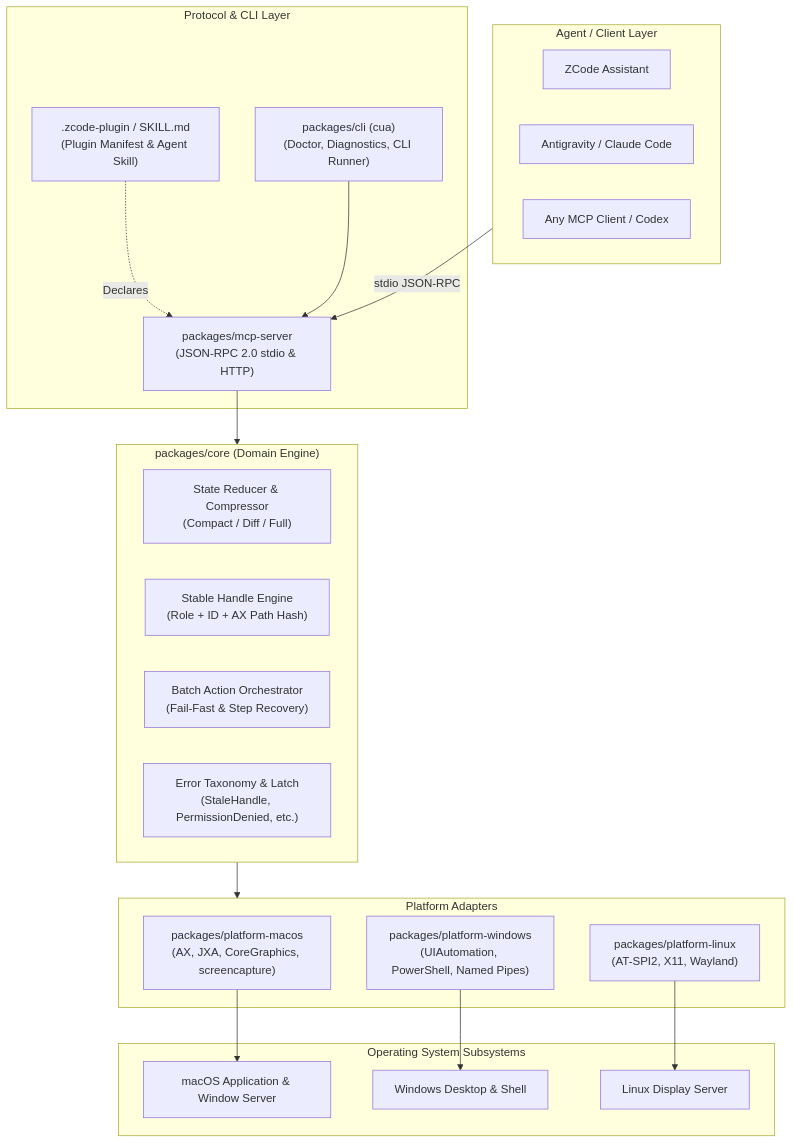
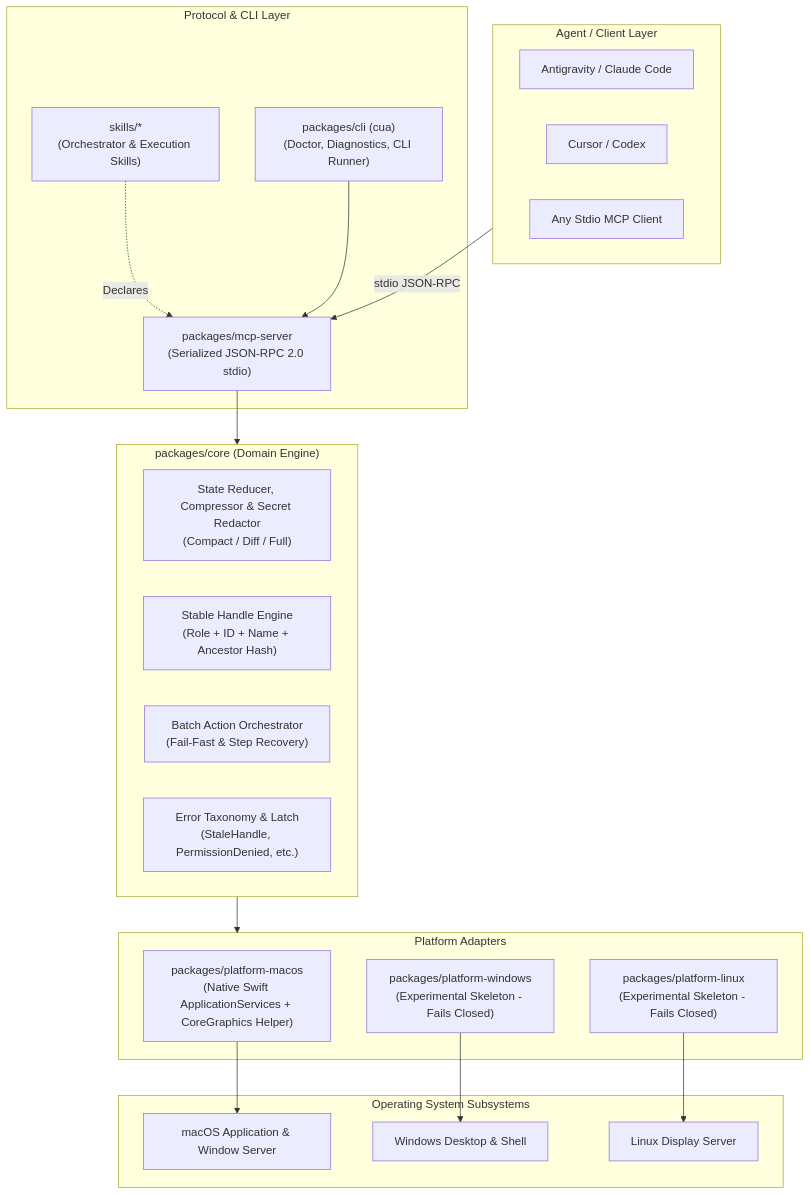
The diagram in docs/ARCHITECTURE.md (timexingxin/zov-computer-use), drawn with Mermaid before and after one commit. The commit also changed other lines of this file and 20 other files, not shown here.

First line of the commit message:
feat(macos): replace JXA with native Swift AX helper, harden Qt6/ZCode 3.18+ compatibility & security

````diff
--- a/docs/ARCHITECTURE.md
+++ b/docs/ARCHITECTURE.md
@@ -9,42 +9,42 @@
 ```mermaid
 flowchart TD
     subgraph AgentLayer["Agent / Client Layer"]
-        A1["ZCode Assistant"]
-        A2["Antigravity / Claude Code"]
-        A3["Any MCP Client / Codex"]
+        A1["Antigravity / Claude Code"]
+        A2["Cursor / Codex"]
+        A3["Any Stdio MCP Client"]
     end
 
     subgraph InterfaceLayer["Protocol & CLI Layer"]
-        MCP["packages/mcp-server<br/>(JSON-RPC 2.0 stdio & HTTP)"]
+        MCP["packages/mcp-server<br/>(Serialized JSON-RPC 2.0 stdio)"]
         CLI["packages/cli (cua)<br/>(Doctor, Diagnostics, CLI Runner)"]
-        Plugin[".zcode-plugin / SKILL.md<br/>(Plugin Manifest & Agent Skill)"]
+        Plugin["skills/*<br/>(Orchestrator & Execution Skills)"]
     end
 
     subgraph CoreLayer["packages/core (Domain Engine)"]
-        Reducer["State Reducer & Compressor<br/>(Compact / Diff / Full)"]
-        Handle["Stable Handle Engine<br/>(Role + ID + AX Path Hash)"]
+        Reducer["State Reducer, Compressor & Secret Redactor<br/>(Compact / Diff / Full)"]
+        Handle["Stable Handle Engine<br/>(Role + ID + Name + Ancestor Hash)"]
         Batch["Batch Action Orchestrator<br/>(Fail-Fast & Step Recovery)"]
         Errors["Error Taxonomy & Latch<br/>(StaleHandle, PermissionDenied, etc.)"]
     end
 
     subgraph PlatformLayer["Platform Adapters"]
-        Mac["packages/platform-macos<br/>(AX, JXA, CoreGraphics, screencapture)"]
-        Win["packages/platform-windows<br/>(UIAutomation, PowerShell, Named Pipes)"]
-        Lin["packages/platform-linux<br/>(AT-SPI2, X11, Wayland)"]
+        Mac["packages/platform-macos<br/>(Native Swift ApplicationServices + CoreGraphics Helper)"]
+        Win["packages/platform-windows<br/>(Experimental Skeleton - Fails Closed)"]
+        Lin["packages/platform-linux<br/>(Experimental Skeleton - Fails Closed)"]
     end
 
     subgraph OSLayer["Operating System Subsystems"]
         OSX["macOS Application & Window Server"]
         WINX["Windows Desktop & Shell"]
         LINX["Linux Display Server"]
     end
 
     AgentLayer -->|stdio JSON-RPC| MCP
     Plugin -.->|Declares| MCP
     CLI --> MCP
     MCP --> CoreLayer
     CoreLayer --> PlatformLayer
     Mac --> OSX
     Win --> WINX
     Lin --> LINX
 ```
````
